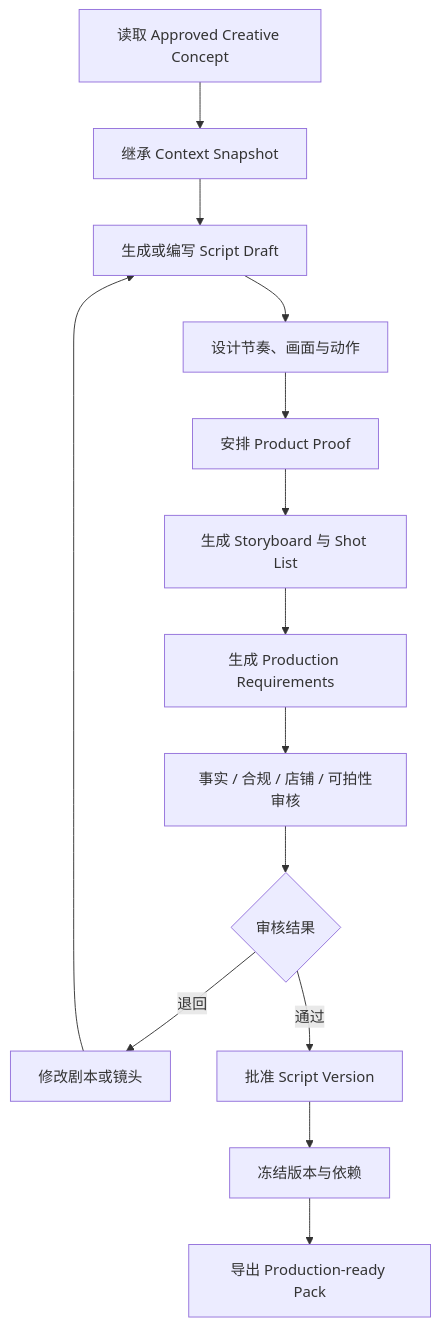
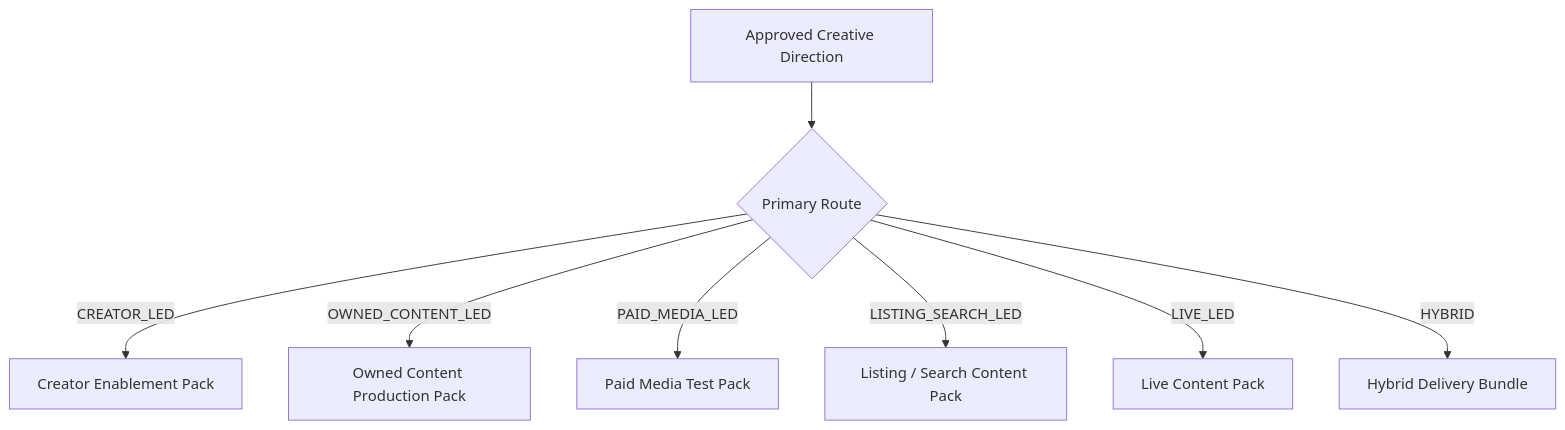
Before and after one commit to SONG-36/TK_Video_Intelligence_Workbench: the sixth of 7 diagrams in 04_RELEASE_1_BUSINESS_PROCESS.md, drawn with Mermaid. The commit also changed other lines of this file and 8 other files, not shown here.

````diff
--- a/04_RELEASE_1_BUSINESS_PROCESS.md
+++ b/04_RELEASE_1_BUSINESS_PROCESS.md
@@ -323,20 +309,19 @@
 ```mermaid
 flowchart TB
-    A[读取 Approved Creative Concept]
-    B[继承 Context Snapshot]
-    C[生成或编写 Script Draft]
-    D[设计节奏、画面与动作]
-    E[安排 Product Proof]
-    F[生成 Storyboard 与 Shot List]
-    G[生成 Production Requirements]
-    H[事实 / 合规 / 店铺 / 可拍性审核]
-    I{审核结果}
-    J[修改剧本或镜头]
-    K[批准 Script Version]
-    L[冻结版本与依赖]
-    M[导出 Production-ready Pack]
+    A[Approved Creative Direction]
+    R{Primary Route}
+    C[Creator Enablement Pack]
+    O[Owned Content Production Pack]
+    P[Paid Media Test Pack]
+    L[Listing / Search Content Pack]
+    V[Live Content Pack]
+    H[Hybrid Delivery Bundle]
 
-    A --> B --> C --> D --> E --> F --> G --> H --> I
-    I -- 退回 --> J --> C
-    I -- 通过 --> K --> L --> M
+    A --> R
+    R -- CREATOR_LED --> C
+    R -- OWNED_CONTENT_LED --> O
+    R -- PAID_MEDIA_LED --> P
+    R -- LISTING_SEARCH_LED --> L
+    R -- LIVE_LED --> V
+    R -- HYBRID --> H
 ```
````
